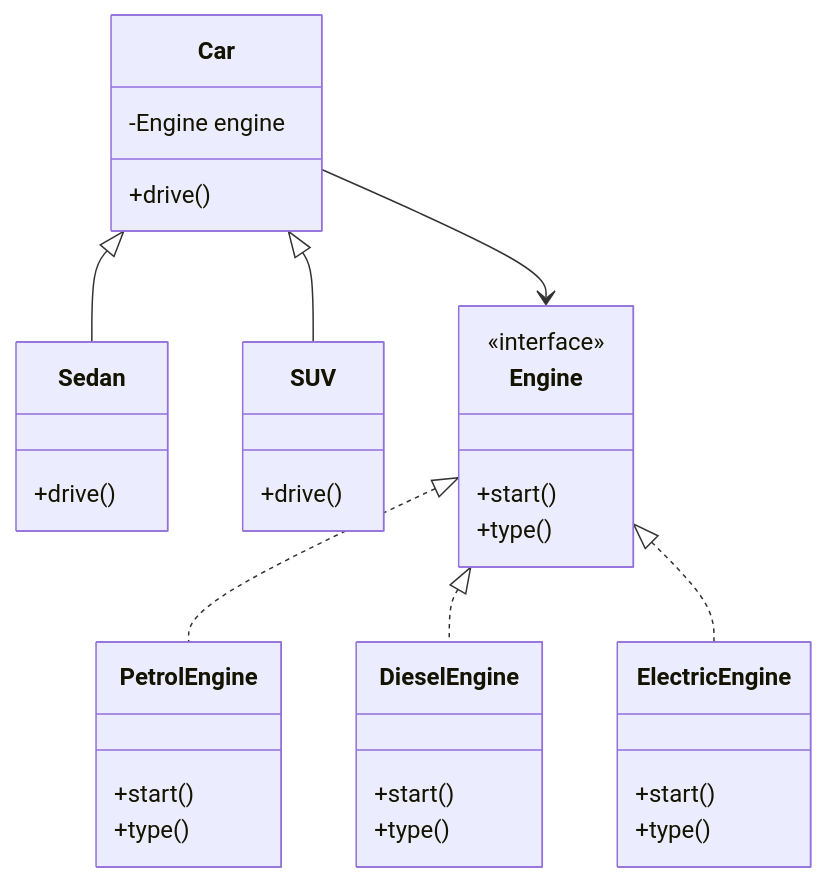
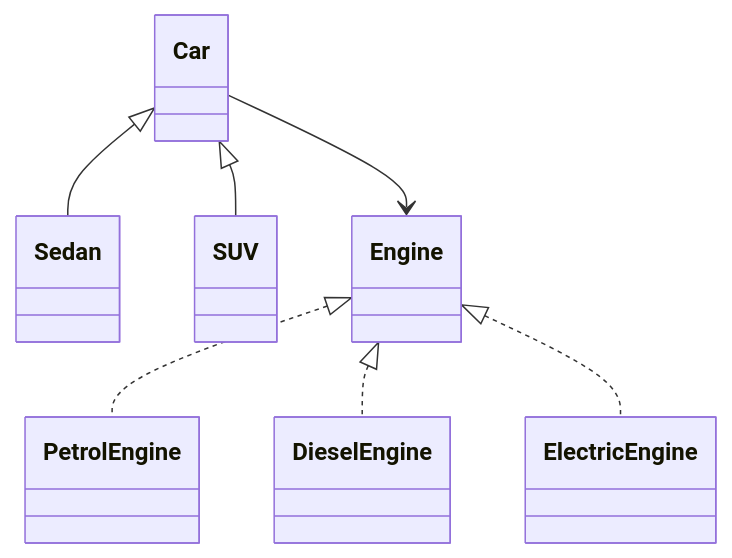
One commit to gojosatoru123-ux/CacheU changed the ninth of 10 diagrams in src/content/lld-bridge-design-pattern.md. Above: the diagram before and after it, drawn with Mermaid. The commit also changed other lines of this file and 21 other files, not shown here.

````diff
--- a/src/content/lld-bridge-design-pattern.md
+++ b/src/content/lld-bridge-design-pattern.md
@@ -785,43 +782,20 @@
 ```mermaid
 classDiagram
-    class Car {
-        -Engine engine
-        +drive()
-    }
 
-    class Sedan {
-        +drive()
-    }
+class Car
+class Sedan
+class SUV
 
-    class SUV {
-        +drive()
-    }
+class Engine
+class PetrolEngine
+class DieselEngine
+class ElectricEngine
 
-    class Engine {
-        <<interface>>
-        +start()
-        +type()
-    }
+Car <|-- Sedan
+Car <|-- SUV
+Car --> Engine
 
-    class PetrolEngine {
-        +start()
-        +type()
-    }
-
-    class DieselEngine {
-        +start()
-        +type()
-    }
-
-    class ElectricEngine {
-        +start()
-        +type()
-    }
-
-    Car <|-- Sedan
-    Car <|-- SUV
-    Car --> Engine
-    Engine <|.. PetrolEngine
-    Engine <|.. DieselEngine
-    Engine <|.. ElectricEngine
+Engine <|.. PetrolEngine
+Engine <|.. DieselEngine
+Engine <|.. ElectricEngine
 ```
````
